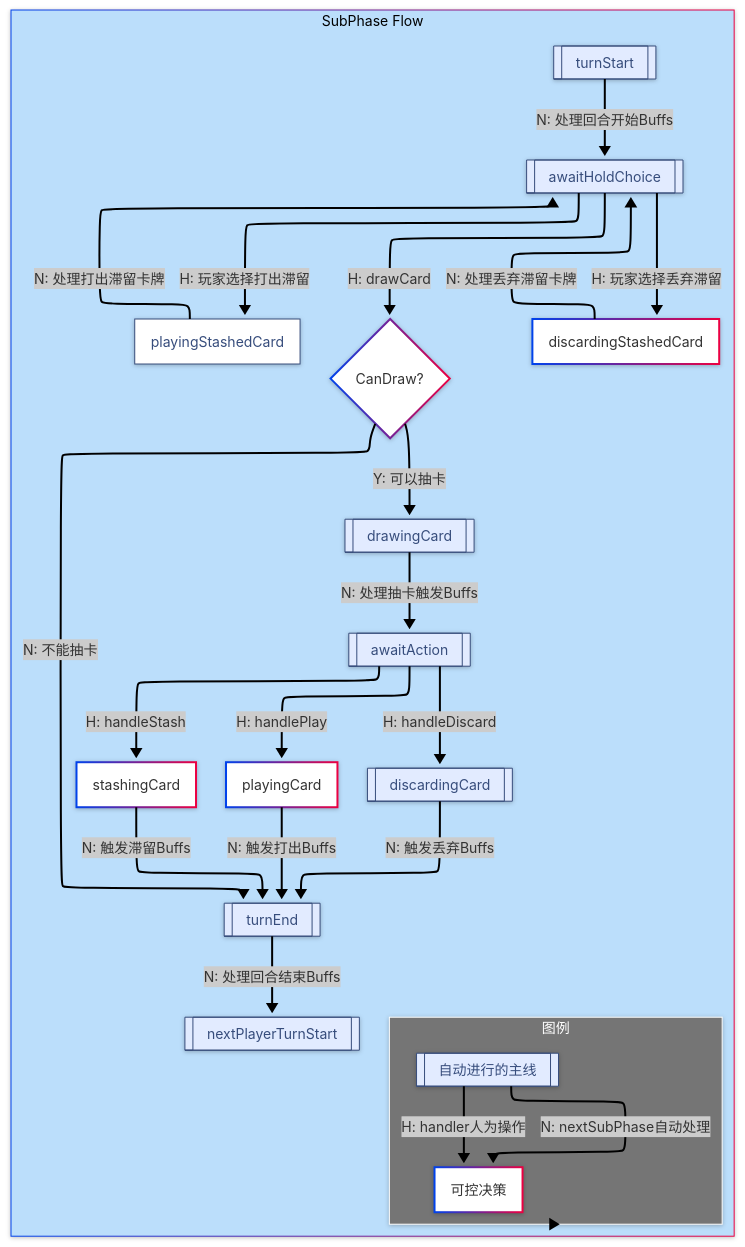
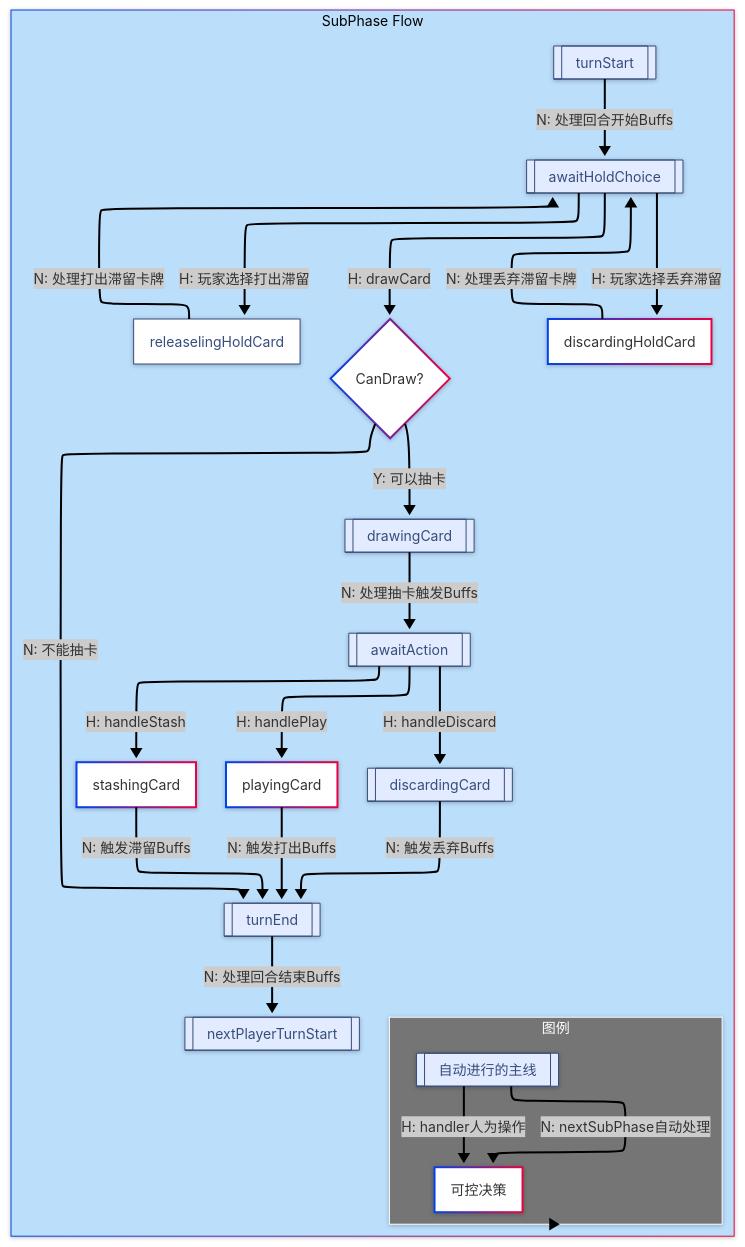
Before and after one commit to zhyDaDa/draw-n-duel: the second of 2 diagrams in README.md, drawn with Mermaid. The commit also changed other lines of this file and 4 other files, not shown here.

````diff
--- a/README.md
+++ b/README.md
@@ -82,80 +153,80 @@
 ```mermaid
 ---
 config:
   look: neo
   layout: elk
   theme: neo
+id: 45d8229d-ddf7-44bb-b2fd-4b04b47c383b
 ---
 flowchart TB
  subgraph s1["图例"]
         L1["自动进行的主线"]
         L2["可控决策"]
   end
  subgraph subGraph1["SubPhase Flow"]
     direction TB
         A["turnStart"]
         B["awaitHoldChoice"]
         C["drawingCard"]
         C1{"CanDraw?"}
         D["awaitAction"]
         F["playingCard"]
         G["discardingCard"]
         H["stashingCard"]
         Z["turnEnd"]
         Z1["nextPlayerTurnStart"]
-        X1["playingStashedCard"]
-        X2["discardingStashedCard"]
+  X1["releaselingHoldCard"]
+  X2["discardingHoldCard"]
         s1
   end
     A -- N: 处理回合开始Buffs --> B
     B -- H: drawCard --> C1
     C1 -- Y: 可以抽卡 --> C
     C1 -- N: 不能抽卡 --> Z
     C -- N: 处理抽卡触发Buffs --> D
     D -- H: handlePlay --> F
     F -- N: 触发打出Buffs --> Z
     D -- H: handleDiscard --> G
     G -- N: 触发丢弃Buffs --> Z
     D -- H: handleStash --> H
     H -- N: 触发滞留Buffs --> Z
     Z -- N: 处理回合结束Buffs --> Z1
     B -- H: 玩家选择打出滞留 --> X1
     X1 -- N: 处理打出滞留卡牌 --> B
     B -- H: 玩家选择丢弃滞留 --> X2
     X2 -- N: 处理丢弃滞留卡牌 --> B
     L1 -- N: nextSubPhase自动处理 --> L2
     L1 -- H: handler人为操作 --> L2
     s1 --> subGraph1
     L1@{ shape: subproc}
     L2@{ shape: rect}
     A@{ shape: subproc}
     B@{ shape: subproc}
     C@{ shape: subproc}
     D@{ shape: subproc}
     F@{ shape: rect}
     G@{ shape: subproc}
     H@{ shape: rect}
     Z@{ shape: subproc}
     Z1@{ shape: subproc}
     X1@{ shape: rect}
     X2@{ shape: rect}
      L1:::Sky
      A:::Sky
      B:::Sky
      C:::Sky
      D:::Sky
      G:::Sky
      Z:::Sky
      Z1:::Sky
      X1:::Sky
     classDef Sky stroke-width:1px, stroke-dasharray:none, stroke:#374D7C, fill:#E2EBFF, color:#374D7C
     style L2 fill:#FFFFFF
     style C1 fill:#FFFFFF
     style F fill:#FFFFFF
     style H fill:#FFFFFF
     style X1 fill:#FFFFFF
     style X2 fill:#FFFFFF
     style s1 fill:#757575,stroke:#FFFFFF,color:#FFFFFF
     style subGraph1 fill:#BBDEFB
-
 ```
````
